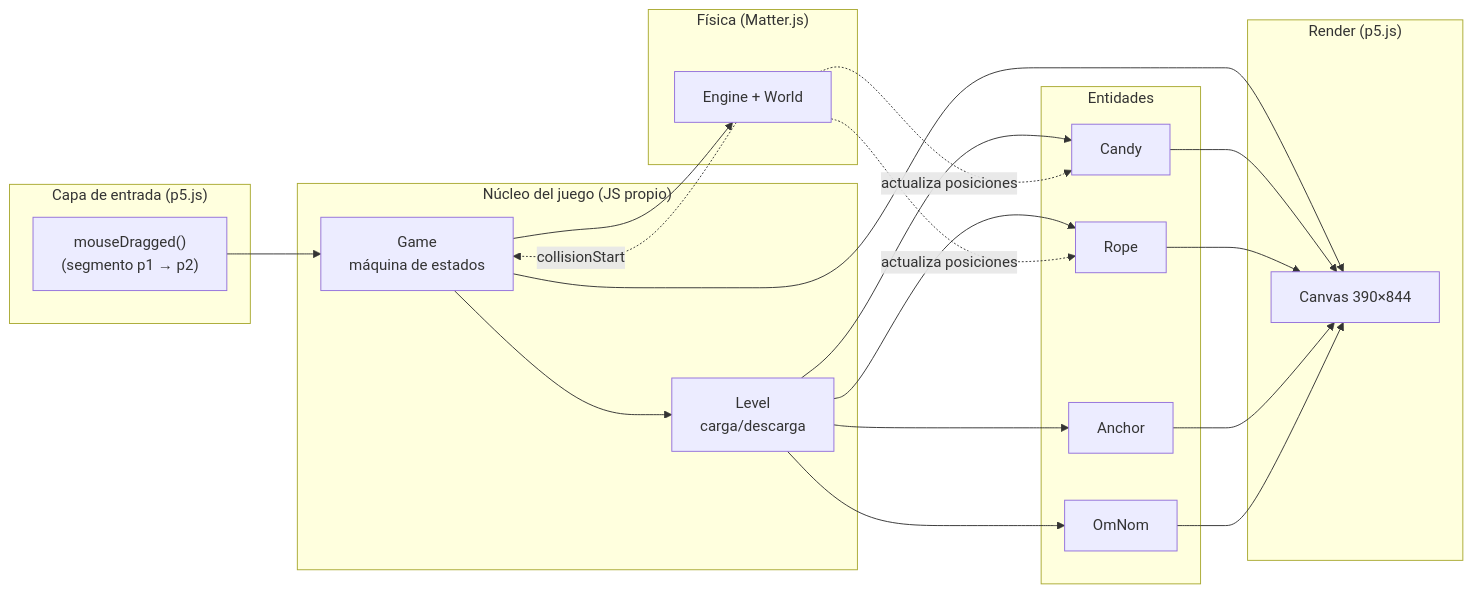
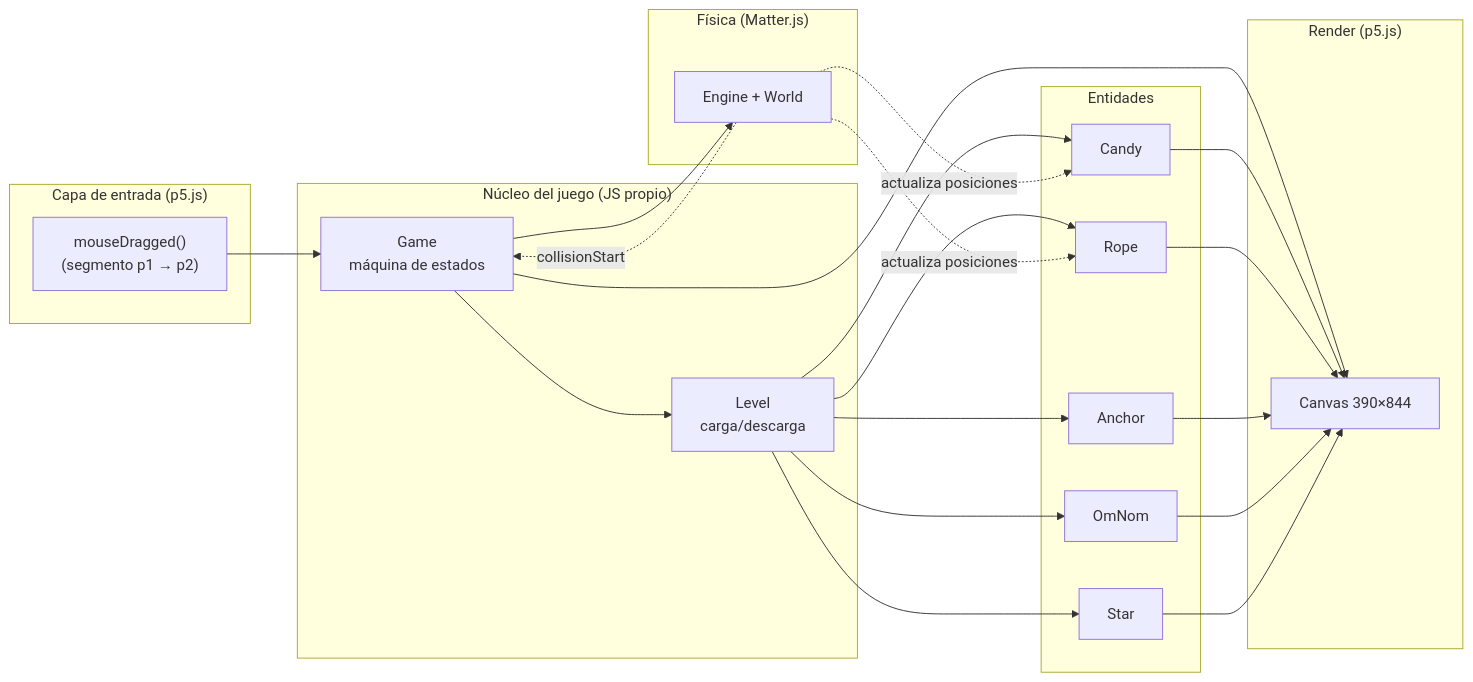
Before and after one commit to ShryhakAkizuki/Cut_The_Rope-Visual_Computing_2026-II: the first of 5 diagrams in docs/arquitectura-mvp.md, drawn with Mermaid. The commit also changed other lines of this file and 6 other files, not shown here.

````diff
--- a/docs/arquitectura-mvp.md
+++ b/docs/arquitectura-mvp.md
@@ -33,42 +33,45 @@
 ```mermaid
 flowchart LR
     subgraph INPUT["Capa de entrada (p5.js)"]
         M["mouseDragged()<br/>(segmento p1 → p2)"]
     end
 
     subgraph CORE["Núcleo del juego (JS propio)"]
         G["Game<br/>máquina de estados"]
         L["Level<br/>carga/descarga"]
     end
 
     subgraph ENT["Entidades"]
         C["Candy"]
         A["Anchor"]
         R["Rope"]
         MO["OmNom"]
+        S["Star"]
     end
 
     subgraph PHYS["Física (Matter.js)"]
         E["Engine + World"]
     end
 
     subgraph RENDER["Render (p5.js)"]
         CV["Canvas 390×844"]
     end
 
     M --> G
     G --> L
     L --> C
     L --> A
     L --> R
     L --> MO
+    L --> S
     G --> E
     E -. "actualiza posiciones" .-> R
     E -. "actualiza posiciones" .-> C
     E -. "collisionStart" .-> G
     G --> CV
     C --> CV
     R --> CV
     A --> CV
     MO --> CV
+    S --> CV
 ```
````
